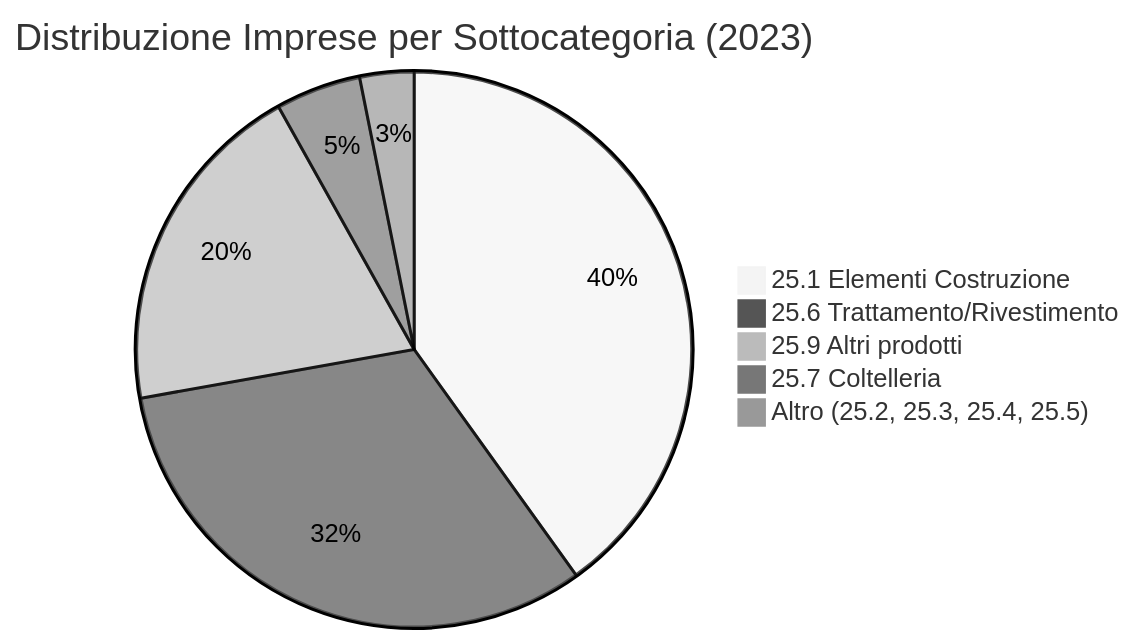
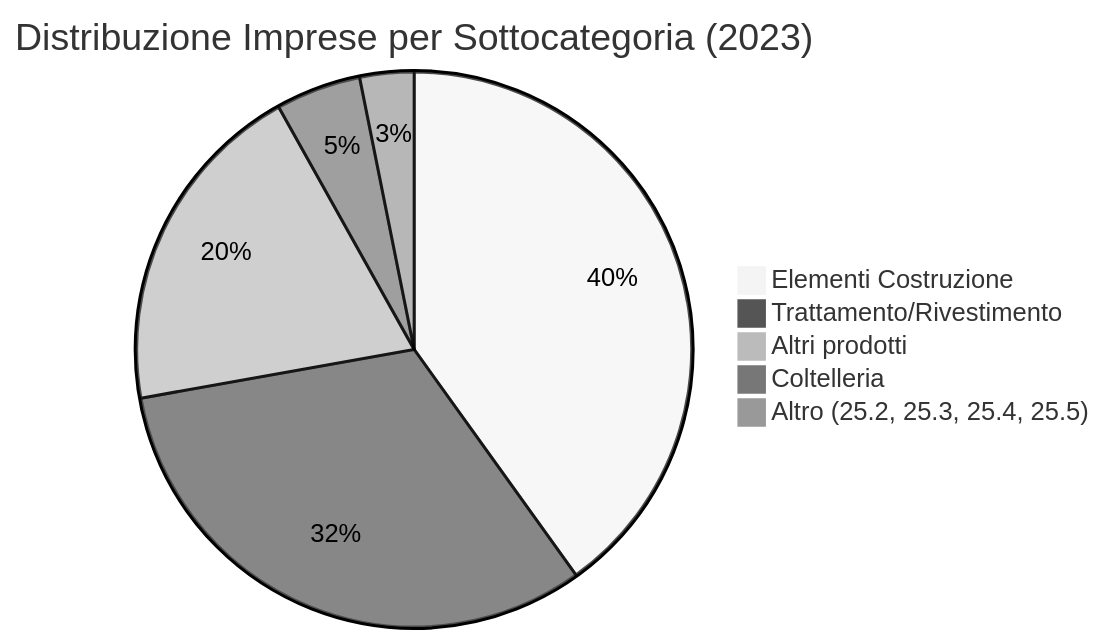
One commit to il-prof-f-a/corsi.ai changed the second of 2 diagrams in Analisi di un file excel/Cartella di lavoro gemini/analisi_settore_ateco_25.md. Above: the diagram before and after it, drawn with Mermaid (neutral theme). The commit also changed other lines of this file and 20 other files, not shown here.

````diff
--- a/Analisi di un file excel/Cartella di lavoro gemini/analisi_settore_ateco_25.md
+++ b/Analisi di un file excel/Cartella di lavoro gemini/analisi_settore_ateco_25.md
@@ -47,8 +51,8 @@
 ```mermaid
 pie title Distribuzione Imprese per Sottocategoria (2023)
-    "25.1 Elementi Costruzione" : 27773
-    "25.6 Trattamento/Rivestimento" : 22232
-    "25.9 Altri prodotti" : 13643
-    "25.7 Coltelleria" : 3434
+    "Elementi Costruzione" : 27773
+    "Trattamento/Rivestimento" : 22232
+    "Altri prodotti" : 13643
+    "Coltelleria" : 3434
     "Altro (25.2, 25.3, 25.4, 25.5)" : 2182
 ```
````
